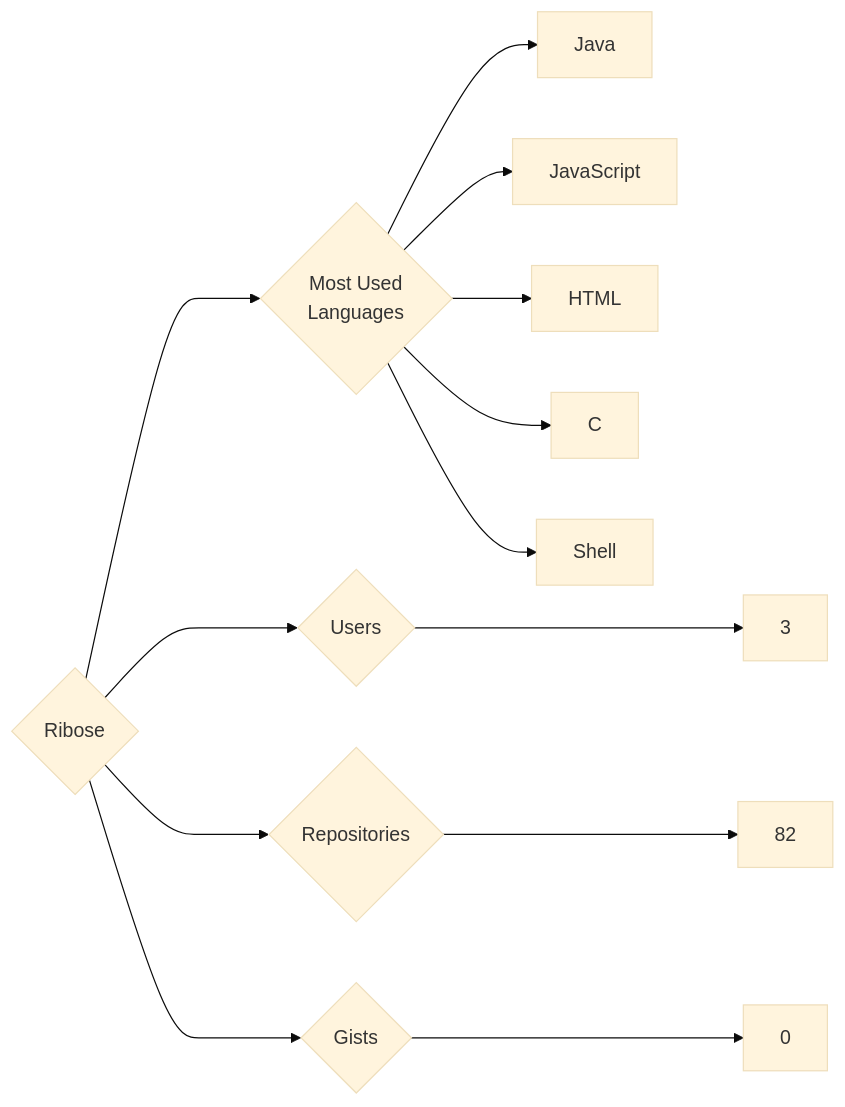
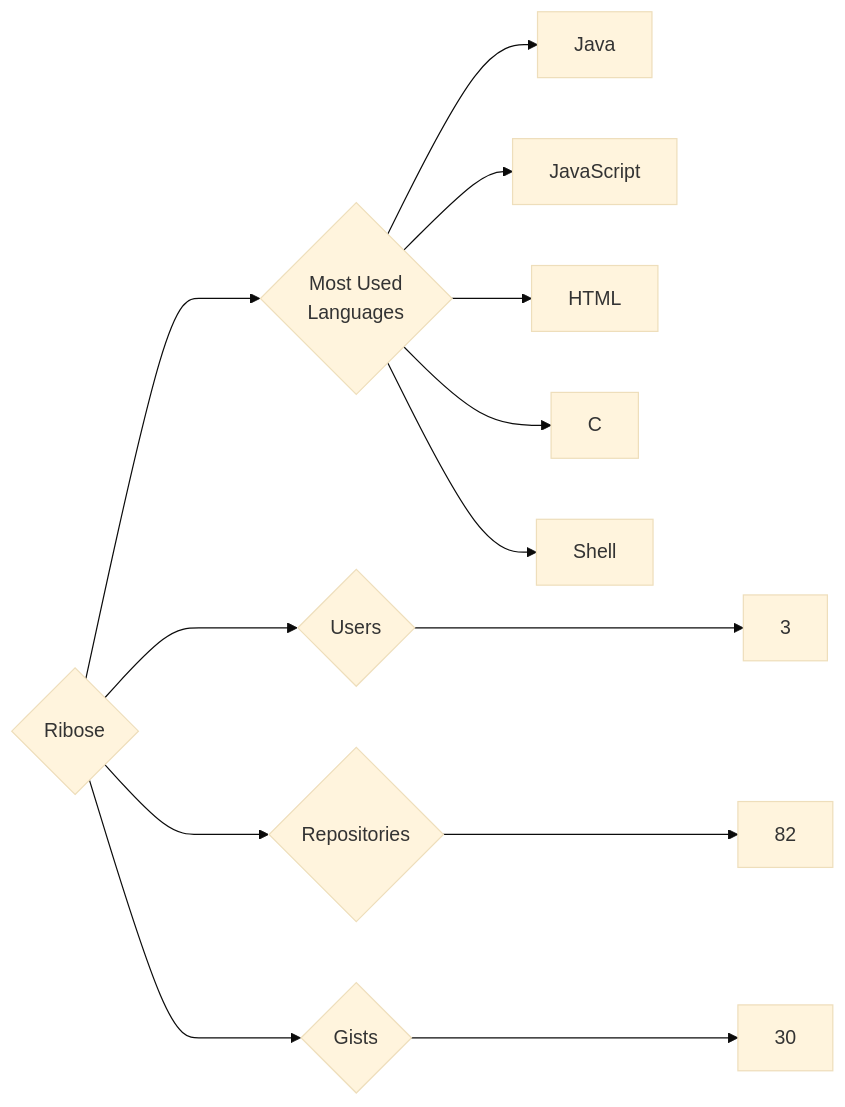
Before and after one commit to trickest/insiders: the diagram in targets/Ribose/README.md, drawn with Mermaid (base theme). The commit also changed 997 other files, not shown here.

````diff
--- a/targets/Ribose/README.md
+++ b/targets/Ribose/README.md
@@ -3,13 +3,13 @@
 ```mermaid
 graph LR
 COMPANY_NAME{Ribose}
 COMPANY_NAME ---> U{Users} ---> UN[3]
 COMPANY_NAME ---> R{Repositories} ---> RN[82]
-COMPANY_NAME ---> G{Gists} ---> GN[0]
+COMPANY_NAME ---> G{Gists} ---> GN[30]
 COMPANY_NAME ---> ML{Most Used<br>Languages}
-ML --> Java
-ML --> JavaScript
-ML --> HTML
-ML --> C
-ML --> Shell
+ML --> Java[Java]
+ML --> JavaScript[JavaScript]
+ML --> HTML[HTML]
+ML --> C[C]
+ML --> Shell[Shell]
 ```
````
